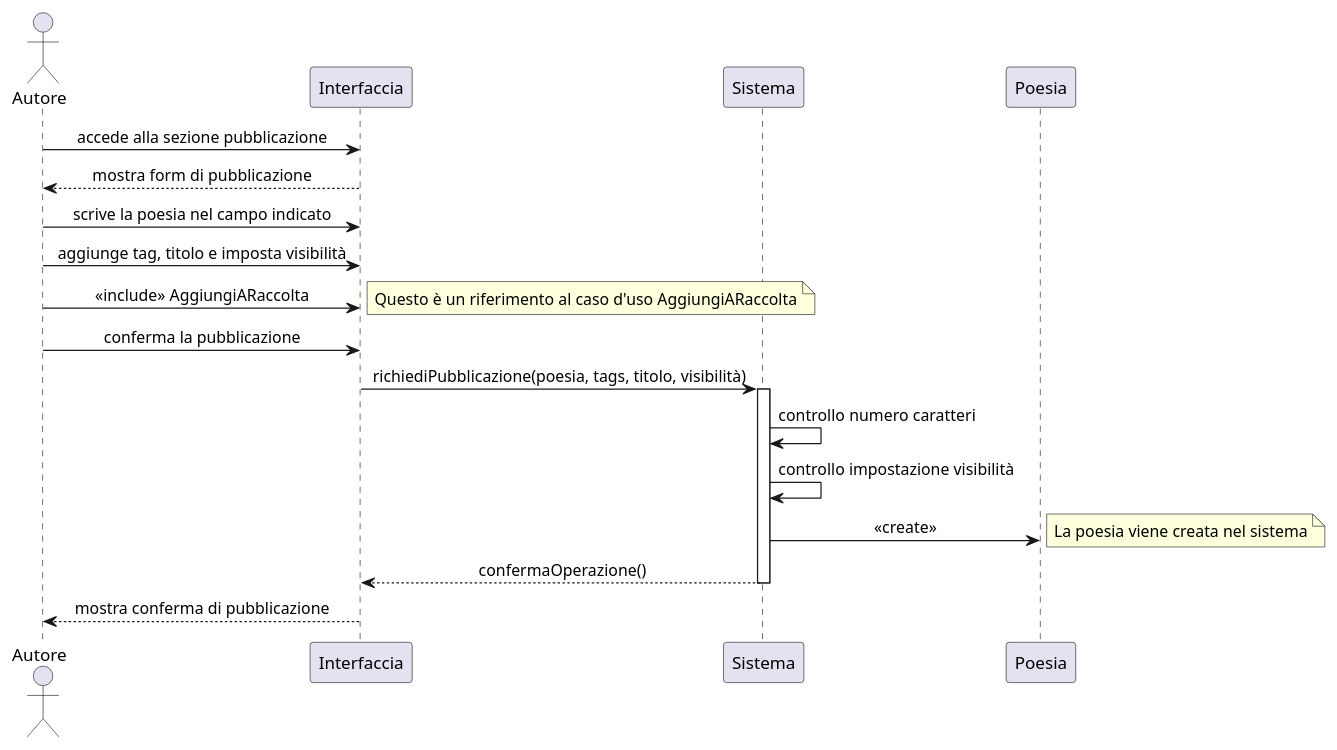
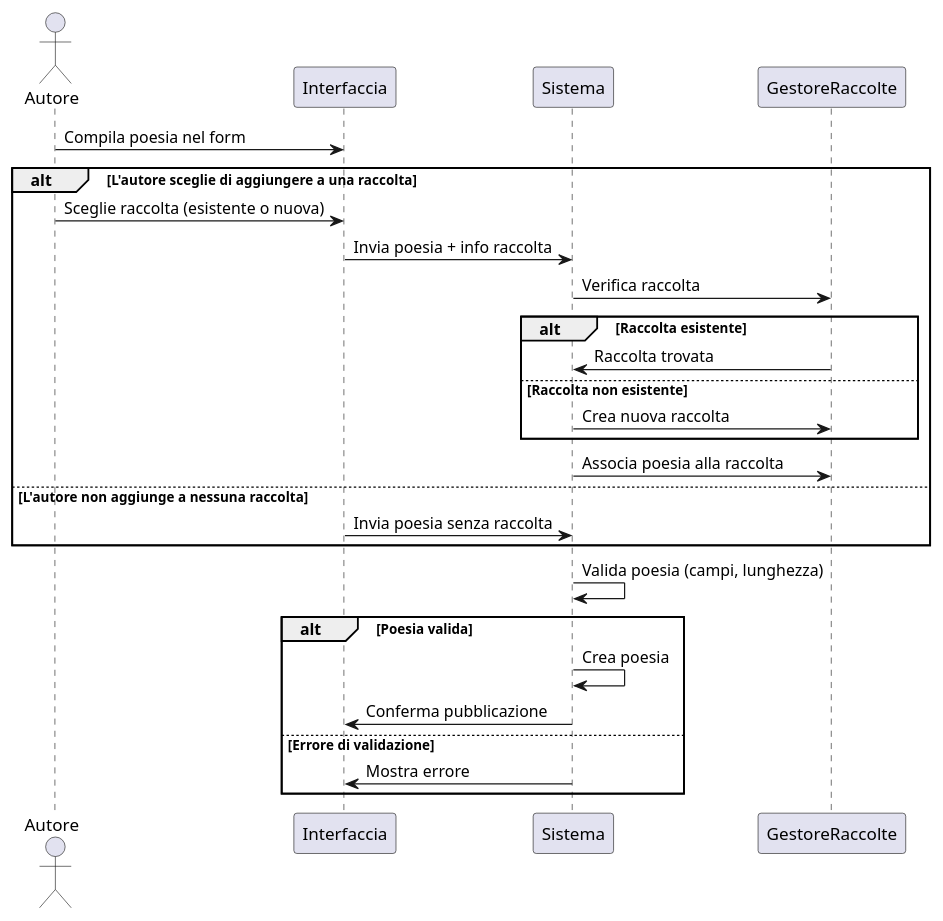
One commit to mcipo/PoesieBrevi changed the diagram in ProgettoJava/PoesieBrevi/diagrammiUML/DiagrammaSequenzaPubblicaPoesia.puml. Above: the diagram before and after it, drawn with PlantUML. The commit also changed 2 other files, not shown here.

```diff
--- a/ProgettoJava/PoesieBrevi/diagrammiUML/DiagrammaSequenzaPubblicaPoesia.puml
+++ b/ProgettoJava/PoesieBrevi/diagrammiUML/DiagrammaSequenzaPubblicaPoesia.puml
@@ -1,39 +1,34 @@
-@startuml DiagrammaSequenzaPubblicaPoesia
+@startuml
+actor Autore
+participant Interfaccia
+participant Sistema
+participant GestoreRaccolte
 
-actor Autore
-participant "Interfaccia" as UI
-participant "Sistema" as System
-participant "Poesia" as Poetry
+Autore -> Interfaccia : Compila poesia nel form
 
-' Stile del diagramma
-skinparam sequenceMessageAlign center
-skinparam responseMessageBelowArrow true
+alt L'autore sceglie di aggiungere a una raccolta
+    Autore -> Interfaccia : Sceglie raccolta (esistente o nuova)
+    Interfaccia -> Sistema : Invia poesia + info raccolta
 
-' Processo completo per la pubblicazione di una poesia
-Autore -> UI : accede alla sezione pubblicazione
-UI --> Autore : mostra form di pubblicazione
+    Sistema -> GestoreRaccolte : Verifica raccolta
 
-Autore -> UI : scrive la poesia nel campo indicato
-Autore -> UI : aggiunge tag, titolo e imposta visibilità
+    alt Raccolta esistente
+        GestoreRaccolte -> Sistema : Raccolta trovata
+    else Raccolta non esistente
+        Sistema -> GestoreRaccolte : Crea nuova raccolta
+    end
 
-' Caso d'uso <<include>>
-Autore -> UI : <<include>> AggiungiARaccolta
-note right: Questo è un riferimento al caso d'uso AggiungiARaccolta
+    Sistema -> GestoreRaccolte : Associa poesia alla raccolta
+else L'autore non aggiunge a nessuna raccolta
+    Interfaccia -> Sistema : Invia poesia senza raccolta
+end
 
-Autore -> UI : conferma la pubblicazione
-UI -> System : richiediPubblicazione(poesia, tags, titolo, visibilità)
+Sistema -> Sistema : Valida poesia (campi, lunghezza)
 
-' Controlli alternativi
-activate System
-System -> System : controllo numero caratteri
-System -> System : controllo impostazione visibilità
-
-' Creazione poesia
-System -> Poetry : <<create>>
-note right: La poesia viene creata nel sistema
-System --> UI : confermaOperazione()
-deactivate System
-
-UI --> Autore : mostra conferma di pubblicazione
-
+alt Poesia valida
+    Sistema -> Sistema : Crea poesia
+    Sistema -> Interfaccia : Conferma pubblicazione
+else Errore di validazione
+    Sistema -> Interfaccia : Mostra errore
+end
 @enduml
```
